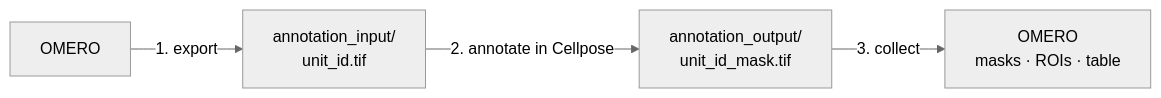
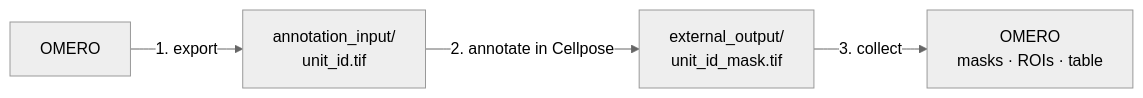
One commit to Leiden-Cell-Observatory/omero_annotate_ai changed the diagram in docs/tutorials/cellpose-integration.md. Above: the diagram before and after it, drawn with Mermaid (neutral theme). The commit also changed other lines of this file and 9 other files, not shown here.

First line of the commit message:
Cellpose masks go to external_output; Docker tests for Cellpose and the training-data widget

````diff
--- a/docs/tutorials/cellpose-integration.md
+++ b/docs/tutorials/cellpose-integration.md
@@ -8,6 +8,6 @@
 ```mermaid
 flowchart LR
     A[OMERO] -->|1. export| B[annotation_input/<br/>unit_id.tif]
-    B -->|2. annotate in Cellpose| C[annotation_output/<br/>unit_id_mask.tif]
+    B -->|2. annotate in Cellpose| C[external_output/<br/>unit_id_mask.tif]
     C -->|3. collect| D[OMERO<br/>masks · ROIs · table]
 ```
````
